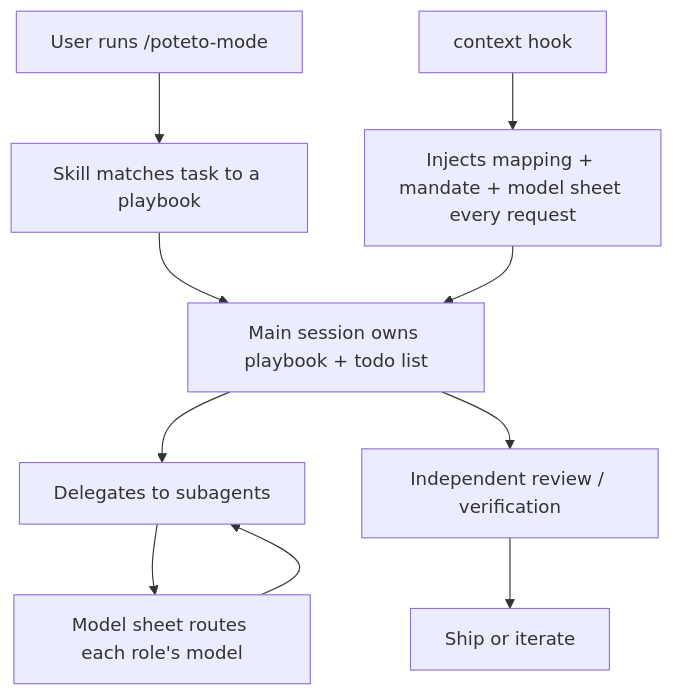
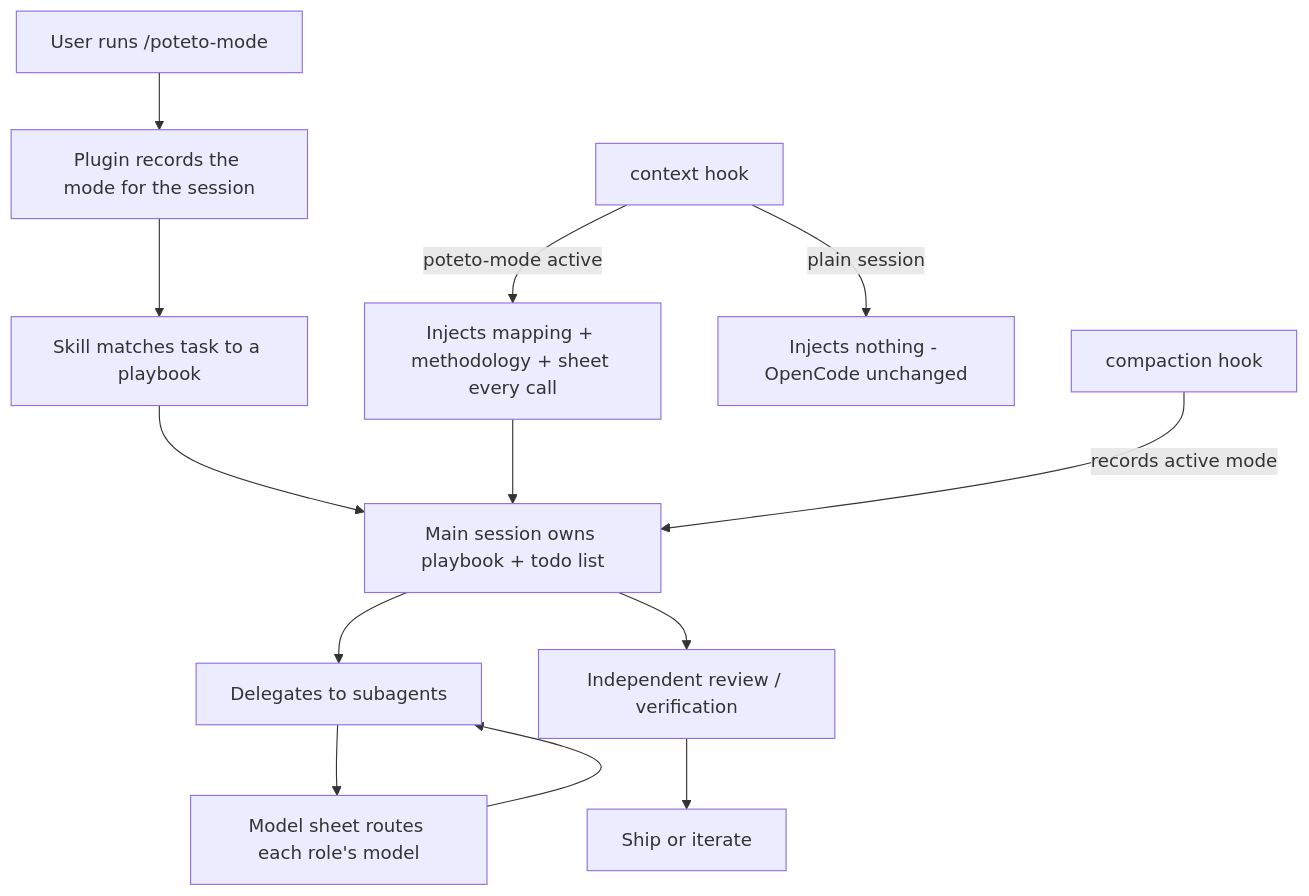
Before and after one commit to shamirbaral5180/pstack-for-opencode: the diagram in README.md, drawn with Mermaid. The commit also changed other lines of this file and 6 other files, not shown here.

First line of the commit message:
Gate pstack to active sessions and make the playbook the controlling source of truth

````diff
--- a/README.md
+++ b/README.md
@@ -131,13 +131,16 @@
 ```mermaid
 flowchart TD
-    A[User runs /poteto-mode] --> B[Skill matches task to a playbook]
-    B --> C[Main session owns playbook + todo list]
-    C --> D[Delegates to subagents]
-    D --> E[Model sheet routes each role's model]
-    C --> F[Independent review / verification]
-    E --> D
-    F --> G[Ship or iterate]
+    A[User runs /poteto-mode] --> B[Plugin records the mode for the session]
+    B --> C[Skill matches task to a playbook]
+    C --> D[Main session owns playbook + todo list]
+    D --> E[Delegates to subagents]
+    E --> F[Model sheet routes each role's model]
+    D --> G[Independent review / verification]
+    F --> E
+    G --> H[Ship or iterate]
 
-    H[context hook] --> I[Injects mapping + mandate + model sheet every request]
-    I --> C
+    I[context hook] -->|poteto-mode active| J[Injects mapping + methodology + sheet every call]
+    J --> D
+    I -->|plain session| K[Injects nothing - OpenCode unchanged]
+    L[compaction hook] -->|records active mode| D
 ```
````
